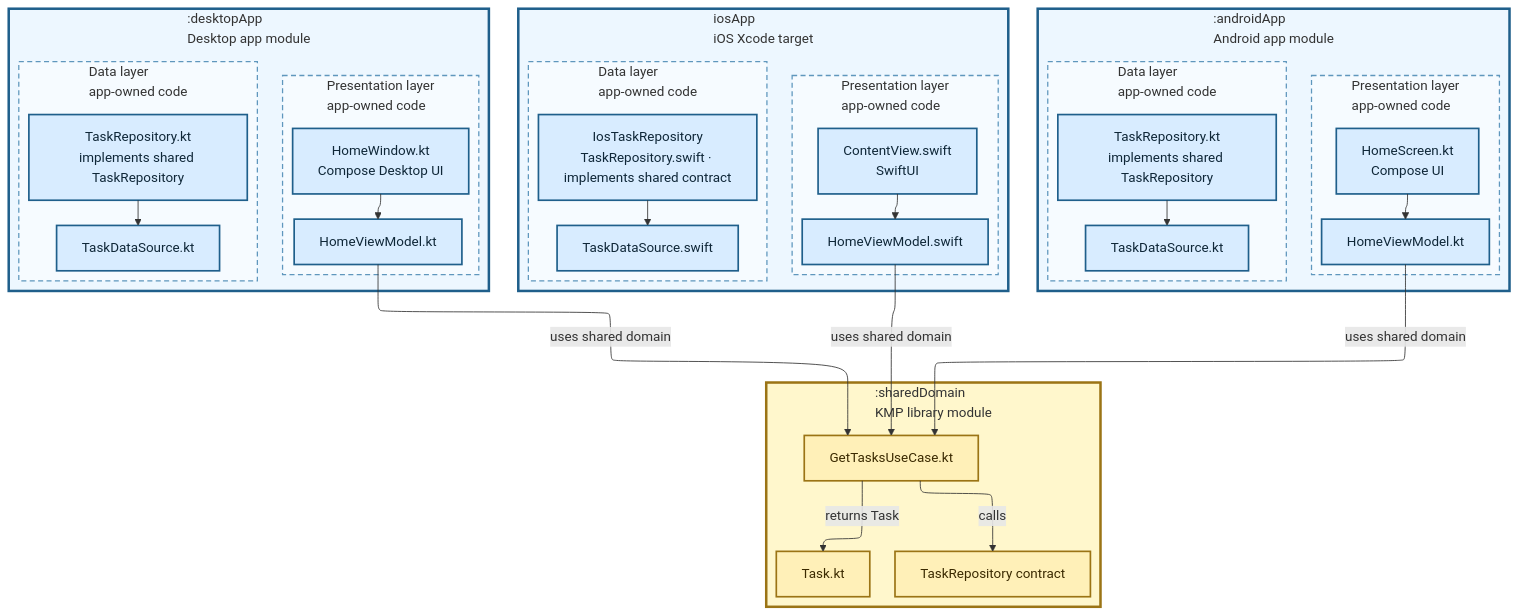
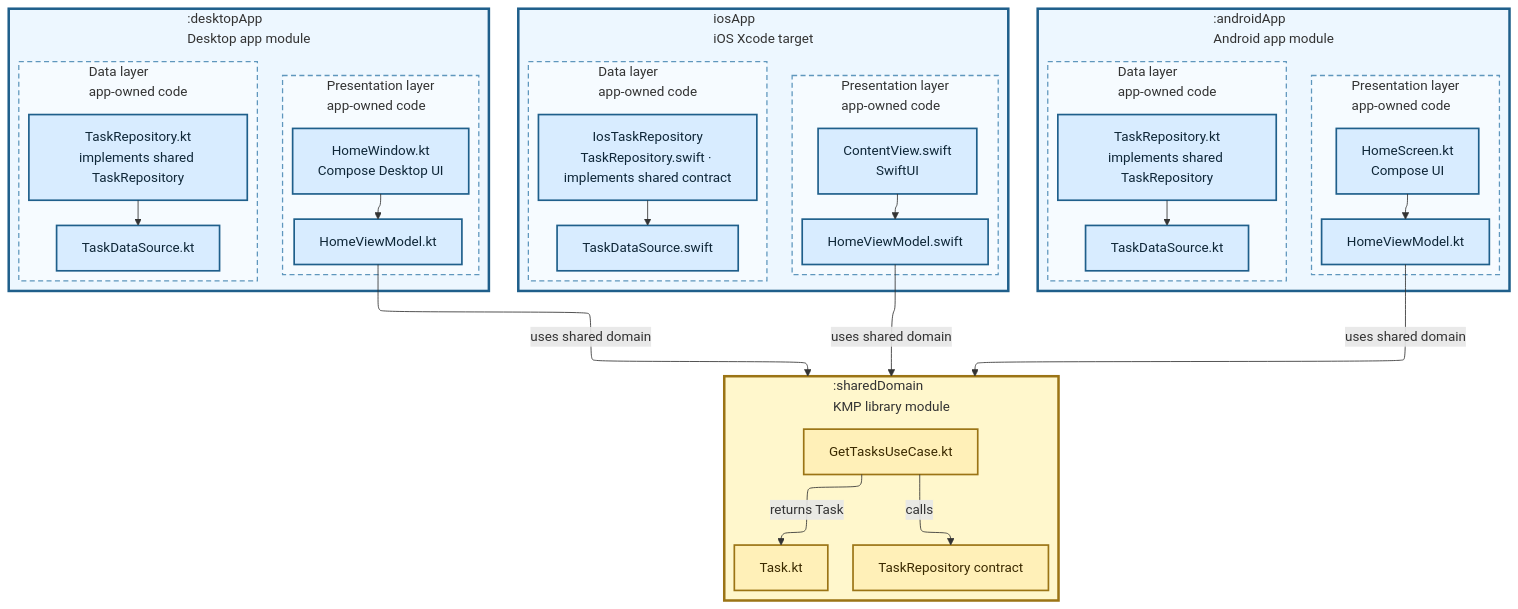
One commit to TheSetox/kmp-sample-diagrams changed the diagram in diagrams/16-three-layer-kmp-domain.md. Above: the diagram before and after it, drawn with Mermaid. The commit also changed 38 other files, not shown here.

Commit message:
docs: clarify diagram typography and routing

```diff
--- a/diagrams/16-three-layer-kmp-domain.md
+++ b/diagrams/16-three-layer-kmp-domain.md
@@ -67,9 +67,9 @@
     UseCase -->|"calls"| RepositoryPort
   end
 
-  DVM -->|"uses shared domain"| UseCase
-  IVM -->|"uses shared domain"| UseCase
-  AVM -->|"uses shared domain"| UseCase
+  DVM -->|"uses shared domain"| KMP
+  IVM -->|"uses shared domain"| KMP
+  AVM -->|"uses shared domain"| KMP
 
   classDef app fill:#d8ecff,stroke:#1f5f8b,color:#0f2738,stroke-width:2px;
   classDef kmp fill:#fff0b8,stroke:#9b7415,color:#3b2a00,stroke-width:2px;
```
